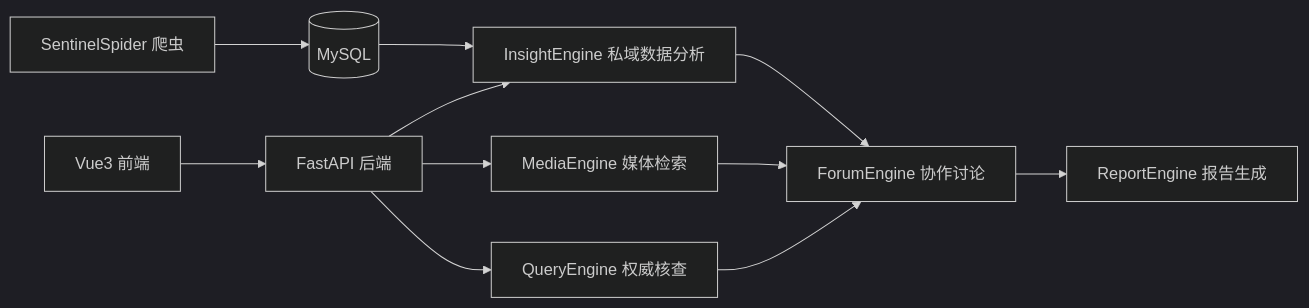
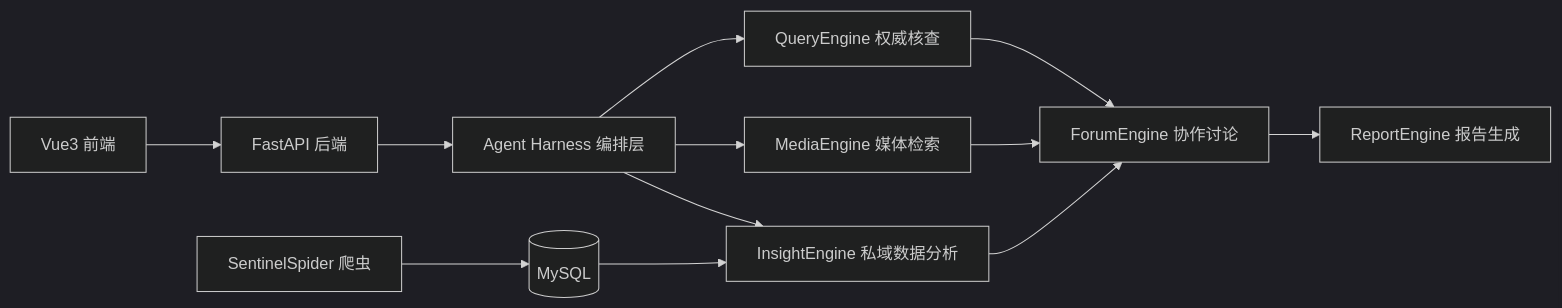
One commit to XiaoFeiCode/AgentResearchPlatform changed the diagram in README.md. Above: the diagram before and after it, drawn with Mermaid (dark theme). The commit also changed other lines of this file, not shown here.

Commit message:
docs: highlight multi-agent harness design

````diff
--- a/README.md
+++ b/README.md
@@ -22,13 +33,14 @@
 ```mermaid
 flowchart LR
   Frontend[Vue3 前端] --> Backend[FastAPI 后端]
-  Backend --> Insight[InsightEngine 私域数据分析]
-  Backend --> Media[MediaEngine 媒体检索]
-  Backend --> Query[QueryEngine 权威核查]
+  Backend --> Harness[Agent Harness 编排层]
+  Harness --> Insight[InsightEngine 私域数据分析]
+  Harness --> Media[MediaEngine 媒体检索]
+  Harness --> Query[QueryEngine 权威核查]
   Insight --> Forum[ForumEngine 协作讨论]
   Media --> Forum
   Query --> Forum
   Forum --> Report[ReportEngine 报告生成]
   Spider[SentinelSpider 爬虫] --> MySQL[(MySQL)]
   MySQL --> Insight
 ```
````
